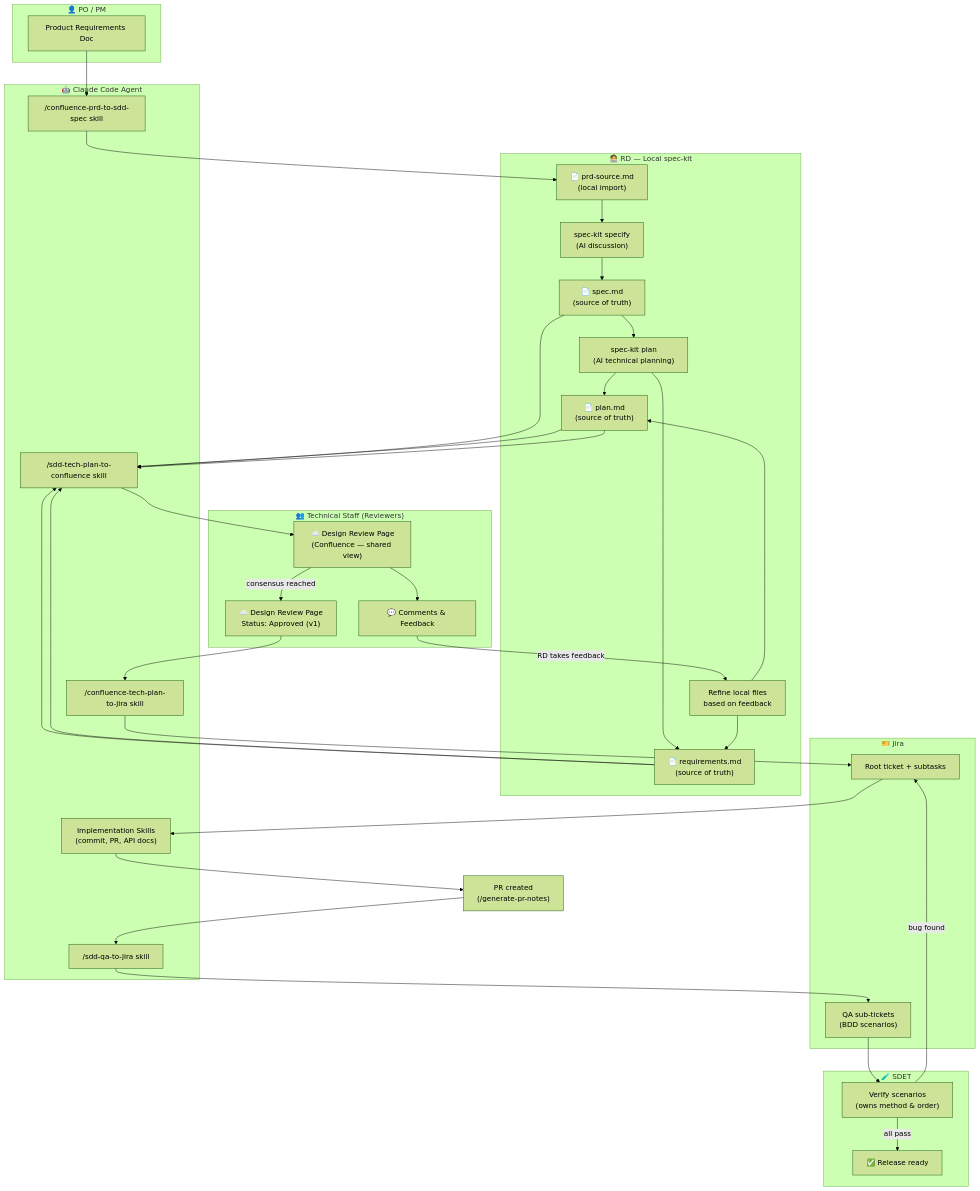
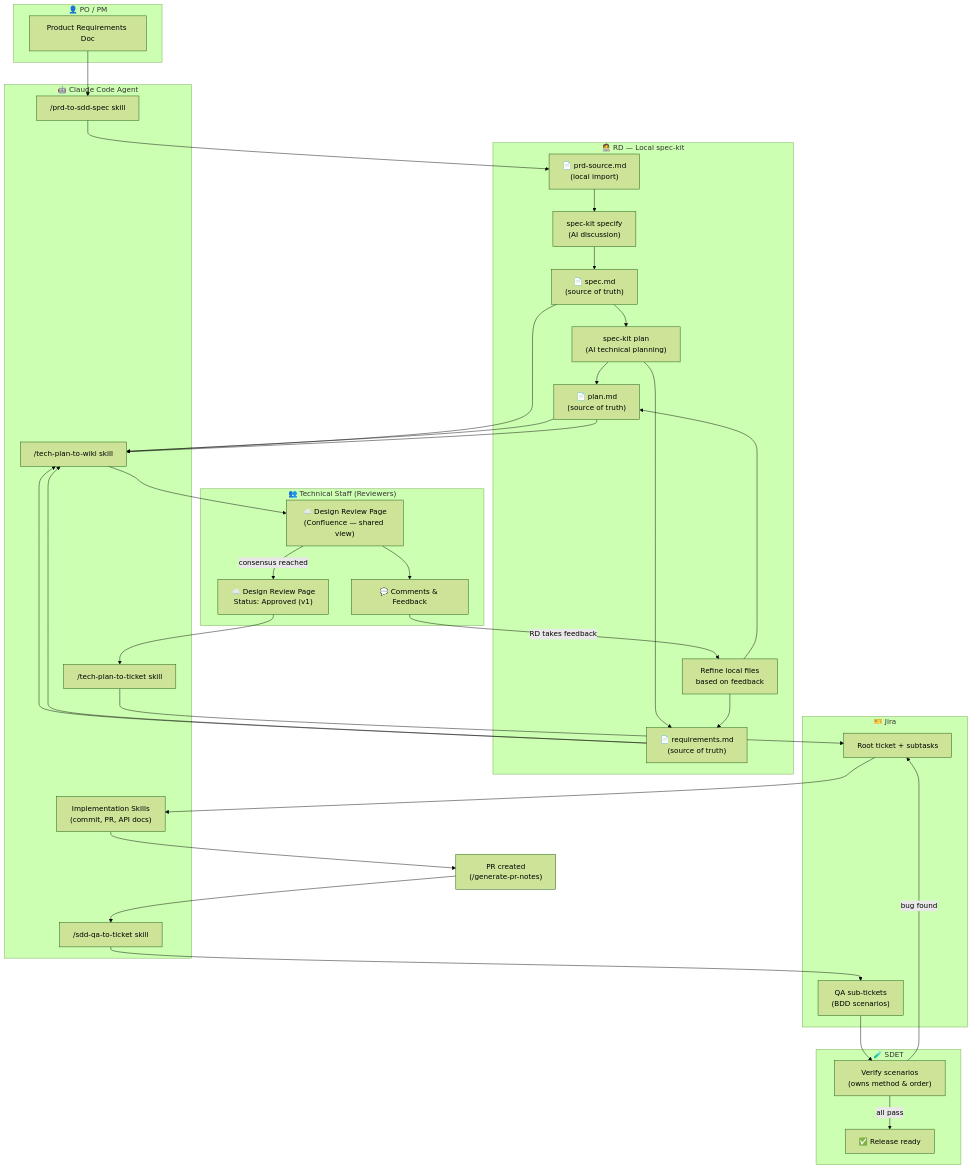
One commit to jamesyang124/agent-skills changed the first of 2 diagrams in docs/sdd-workflow-spec-kit-native.md. Above: the diagram before and after it, drawn with Mermaid (forest theme). The commit also changed other lines of this file and 10 other files, not shown here.

```diff
--- a/docs/sdd-workflow-spec-kit-native.md
+++ b/docs/sdd-workflow-spec-kit-native.md
@@ -46,12 +46,12 @@
     end
 
     subgraph "🤖 Claude Code Agent"
-        PRDIMPORT["/confluence-prd-to-sdd-spec skill"]
-        P2W["/sdd-tech-plan-to-confluence skill"]
-        C2J["/confluence-tech-plan-to-jira skill"]
+        PRDIMPORT["/prd-to-sdd-spec skill"]
+        P2W["/tech-plan-to-wiki skill"]
+        C2J["/tech-plan-to-ticket skill"]
         IMPL["Implementation Skills
 (commit, PR, API docs)"]
-        QAGATE["/sdd-qa-to-jira skill"]
+        QAGATE["/sdd-qa-to-ticket skill"]
     end
 
     subgraph "👥 Technical Staff (Reviewers)"
```
